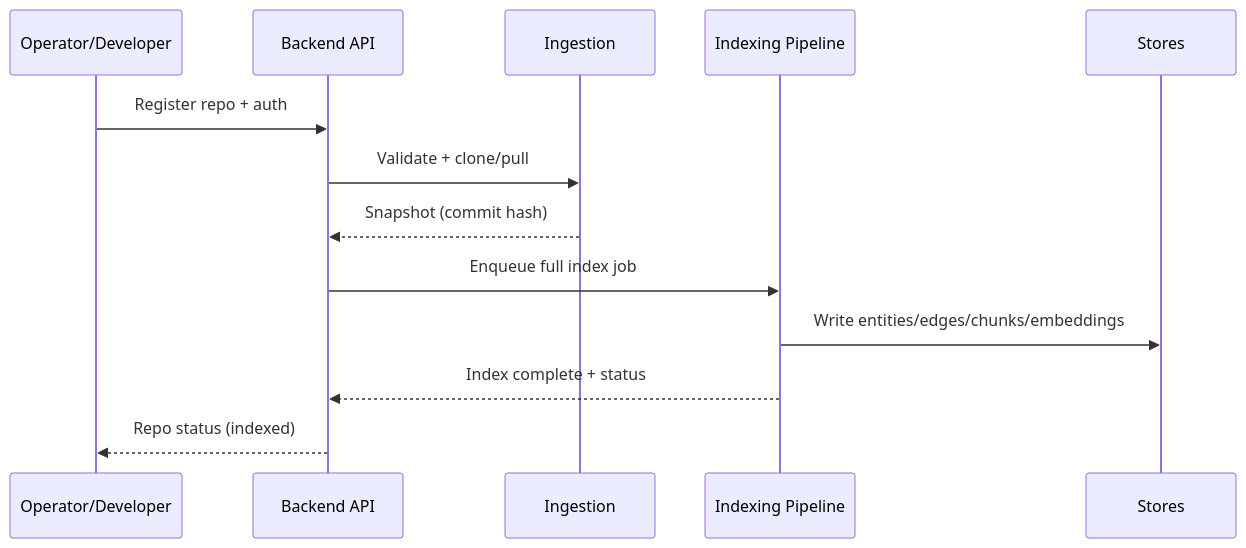
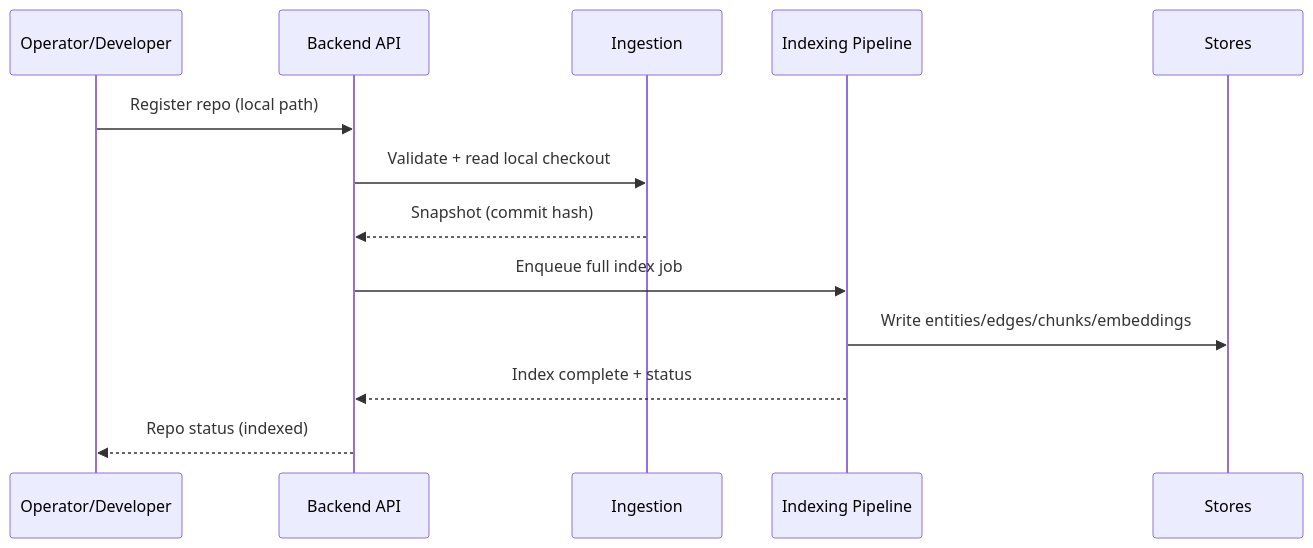
One commit to jensjohansen/codeknowl changed the third of 4 diagrams in docs/architecture-and-design.md. Above: the diagram before and after it, drawn with Mermaid. The commit also changed other lines of this file and 39 other files, not shown here.

````diff
--- a/docs/architecture-and-design.md
+++ b/docs/architecture-and-design.md
@@ -279,15 +290,15 @@
 ```mermaid
 sequenceDiagram
   participant U as Operator/Developer
   participant API as Backend API
   participant ING as Ingestion
   participant PIPE as Indexing Pipeline
   participant S as Stores
-  U->>API: Register repo + auth
-  API->>ING: Validate + clone/pull
+  U->>API: Register repo (local path)
+  API->>ING: Validate + read local checkout
   ING-->>API: Snapshot (commit hash)
   API->>PIPE: Enqueue full index job
   PIPE->>S: Write entities/edges/chunks/embeddings
   PIPE-->>API: Index complete + status
   API-->>U: Repo status (indexed)
 ```
````
